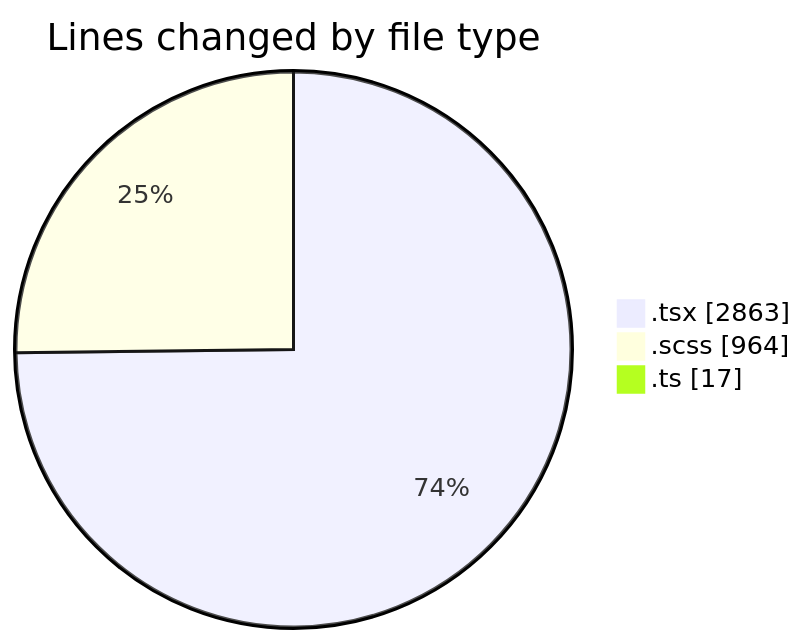
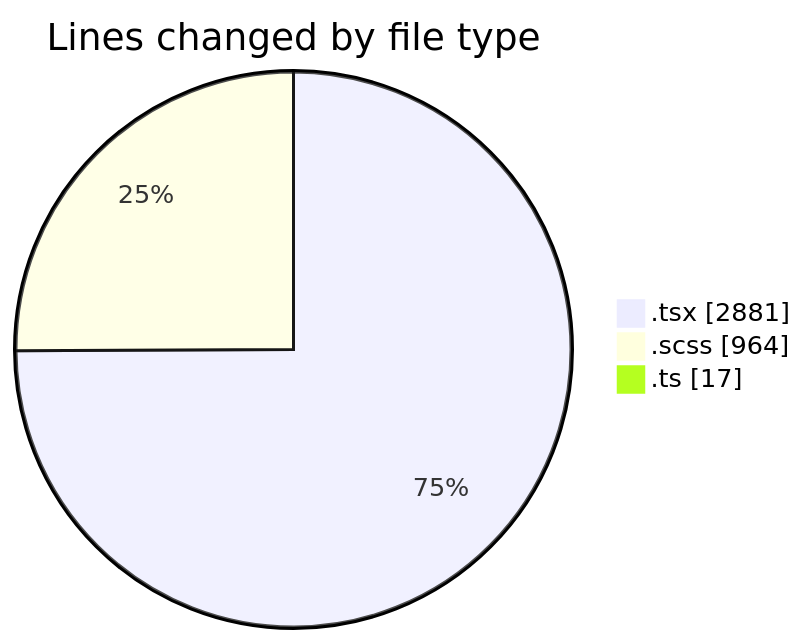
One commit to momahboobian/code-tracking changed the first of 2 diagrams in 2025-09-19/cda/README.md. Above: the diagram before and after it, drawn with Mermaid. The commit also changed other lines of this file and 1 other file, not shown here.

````diff
--- a/2025-09-19/cda/README.md
+++ b/2025-09-19/cda/README.md
@@ -26,7 +26,7 @@
 ```mermaid
 pie showData
 title Lines changed by file type
-".tsx" : 2863
+".tsx" : 2881
 ".scss" : 964
 ".ts" : 17
 ```
````
